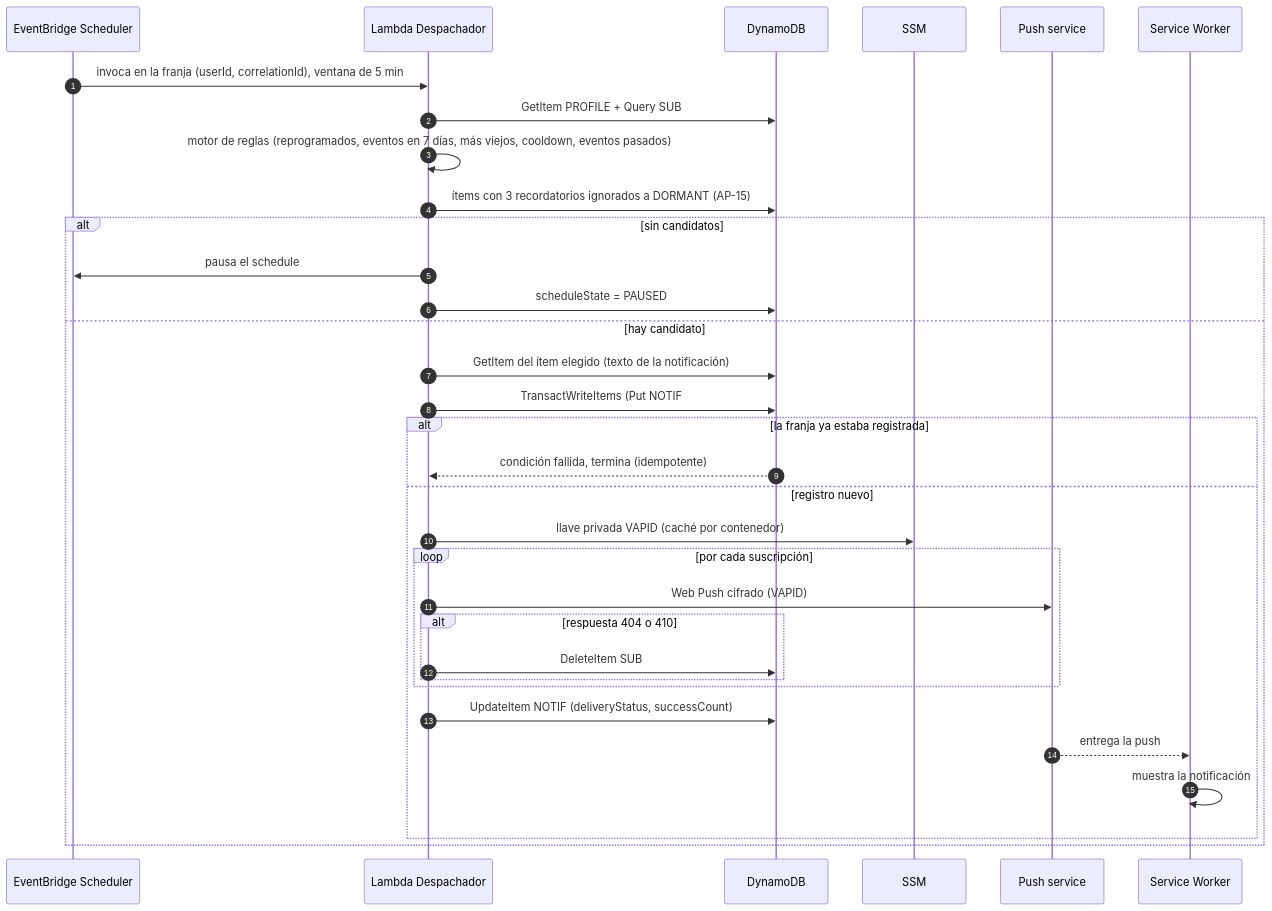
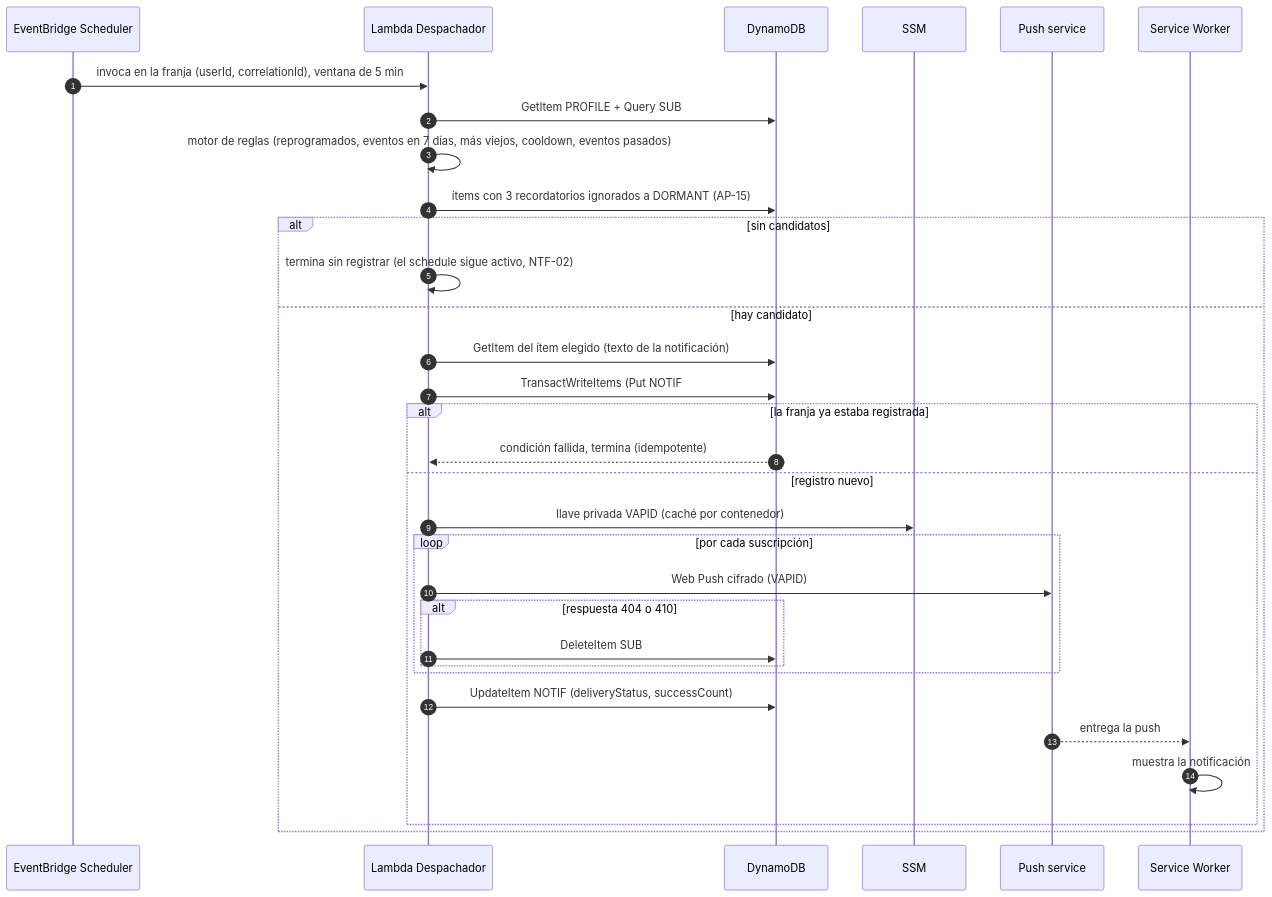
Before and after one commit to saranda44/nudgee: the third of 4 diagrams in docs/arquitectura.md, drawn with Mermaid. The commit also changed 2 other files, not shown here.

Commit message:
docs: alinear E-20, E-21 y scheduleState con NTF-02 (sin PAUSED)

````diff
--- a/docs/arquitectura.md
+++ b/docs/arquitectura.md
@@ -263,35 +263,34 @@
 ```mermaid
 sequenceDiagram
   autonumber
   participant S as EventBridge Scheduler
   participant X as Lambda Despachador
   participant D as DynamoDB
   participant M as SSM
   participant PS as Push service
   participant SW as Service Worker
   S->>X: invoca en la franja (userId, correlationId), ventana de 5 min
   X->>D: GetItem PROFILE + Query SUB# + Query GSI1
   X->>X: motor de reglas (reprogramados, eventos en 7 días, más viejos, cooldown, eventos pasados)
   X->>D: ítems con 3 recordatorios ignorados a DORMANT (AP-15)
   alt sin candidatos
-    X->>S: pausa el schedule
-    X->>D: scheduleState = PAUSED
+    X->>X: termina sin registrar (el schedule sigue activo, NTF-02)
   else hay candidato
     X->>D: GetItem del ítem elegido (texto de la notificación)
     X->>D: TransactWriteItems (Put NOTIF#slotKey + notifyCount + 1)
     alt la franja ya estaba registrada
       D-->>X: condición fallida, termina (idempotente)
     else registro nuevo
       X->>M: llave privada VAPID (caché por contenedor)
       loop por cada suscripción
         X->>PS: Web Push cifrado (VAPID)
         alt respuesta 404 o 410
           X->>D: DeleteItem SUB#
         end
       end
       X->>D: UpdateItem NOTIF (deliveryStatus, successCount)
       PS-->>SW: entrega la push
       SW->>SW: muestra la notificación
     end
   end
 ```
````
